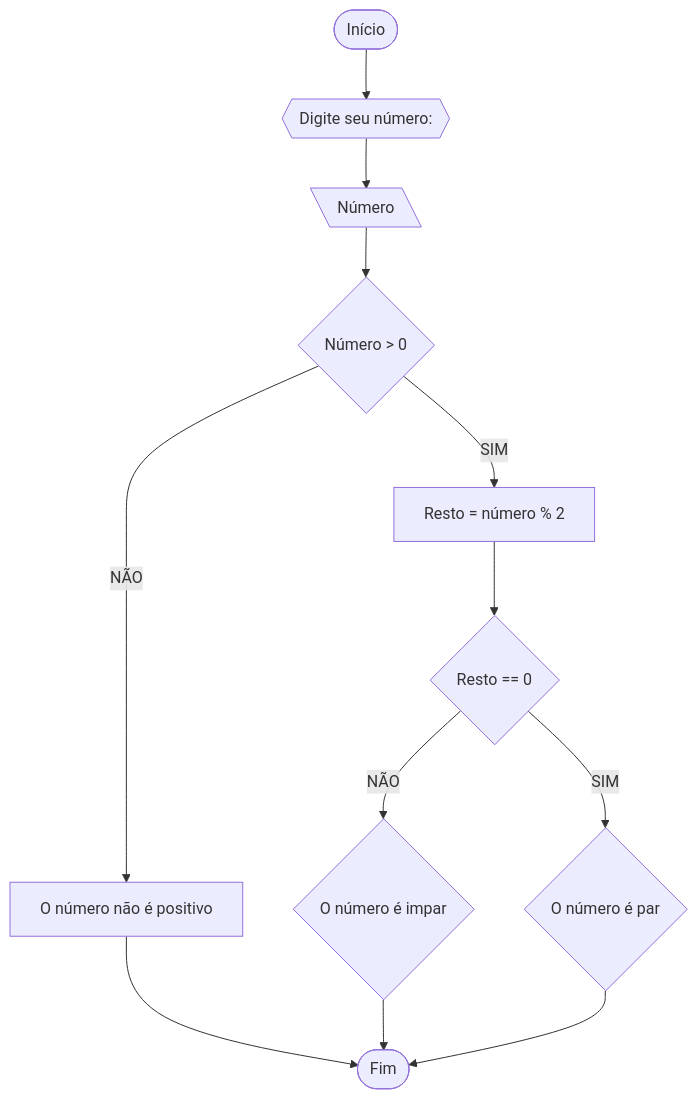
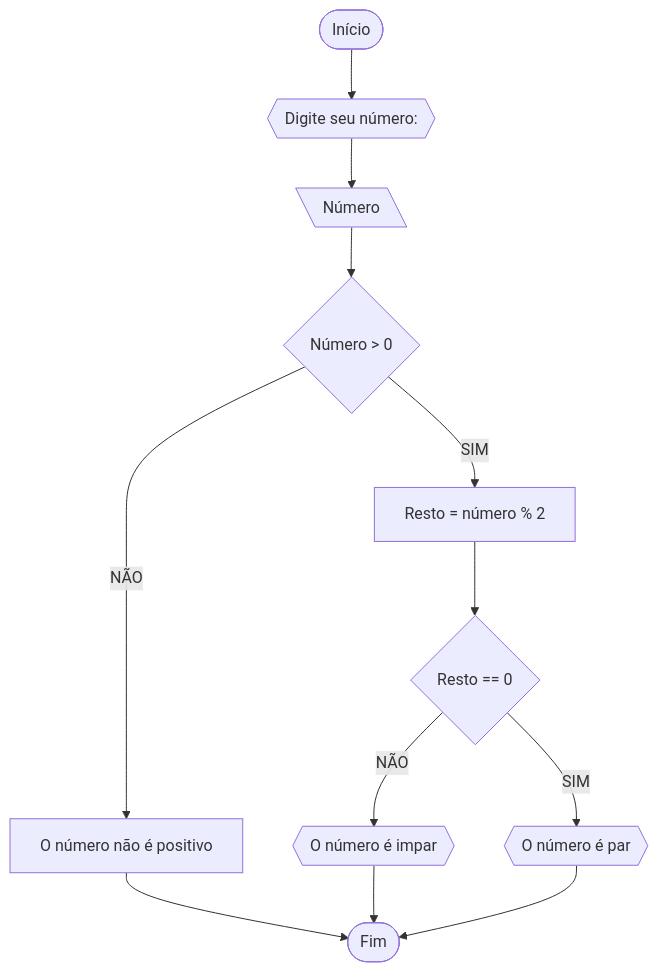
Before and after one commit to Jandih/Unifor: the third of 4 diagrams in RLA/lista_exercicio.md, drawn with Mermaid. The commit also changed other lines of this file, not shown here.

`````diff
--- a/RLA/lista_exercicio.md
+++ b/RLA/lista_exercicio.md
@@ -64,14 +64,14 @@
 ````mermaid
 flowchart TD
 A([Início]) --> B{{Digite seu número:}}
 B --> C[\Número\]
 C --> D{Número > 0}
 D --NÃO--> E[O número não é positivo]
 D --SIM--> F[Resto = número % 2]
 E --> Z([Fim])
 F --> G{Resto == 0}
-G --NÃO--> H{O número é impar}
-G --SIM--> I{O número é par}
+G --NÃO--> H{{O número é impar}}
+G --SIM--> I{{O número é par}}
 H --> Z
 I --> Z
 ````
`````
